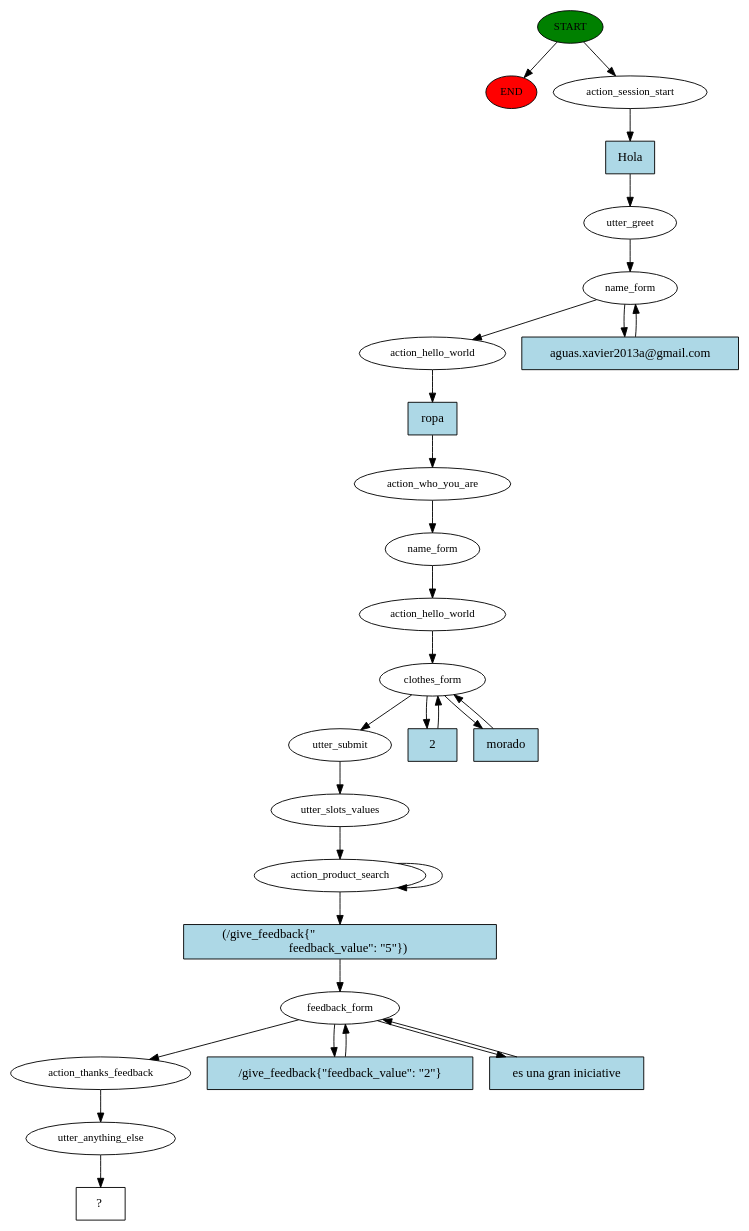
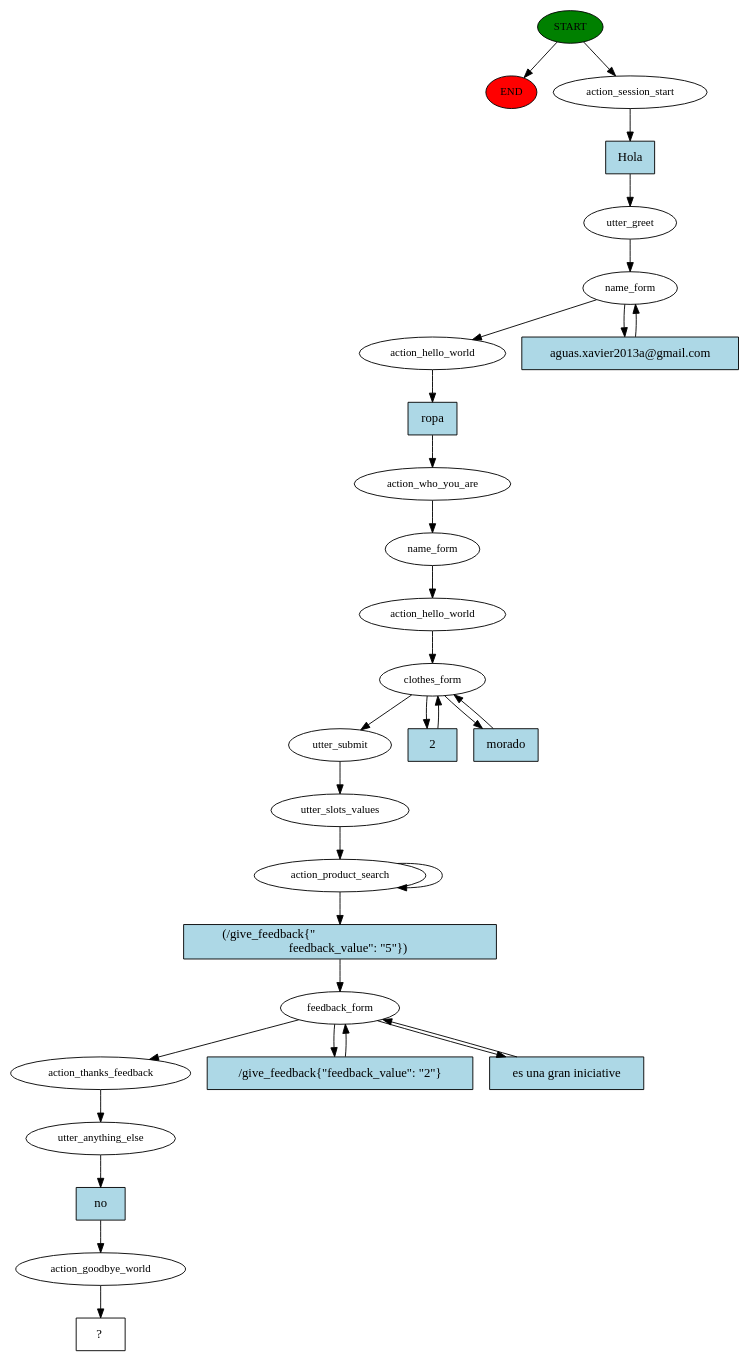
The diagram in story_graph.dot (kabirivan/Ecommerce-Assistant-Jasmine), drawn with Graphviz before and after one commit.

Commit message:
add new graph

```diff
--- a/story_graph.dot
+++ b/story_graph.dot
@@ -1,57 +1,61 @@
 digraph  {
 0 [class="start active", fillcolor=green, fontsize=12, label=START, style=filled];
 "-1" [class=end, fillcolor=red, fontsize=12, label=END, style=filled];
 1 [class=active, fontsize=12, label=action_session_start];
 2 [class=active, fontsize=12, label=utter_greet];
 3 [class=active, fontsize=12, label=name_form];
 6 [class=active, fontsize=12, label=action_hello_world];
 7 [class=active, fontsize=12, label=action_who_you_are];
 8 [class=active, fontsize=12, label=name_form];
 9 [class=active, fontsize=12, label=action_hello_world];
 10 [class=active, fontsize=12, label=clothes_form];
 15 [class=active, fontsize=12, label=utter_submit];
 16 [class=active, fontsize=12, label=utter_slots_values];
 17 [class=active, fontsize=12, label=action_product_search];
 19 [class=active, fontsize=12, label=feedback_form];
 22 [class=active, fontsize=12, label=action_thanks_feedback];
 23 [class=active, fontsize=12, label=utter_anything_else];
-24 [class="intent dashed active", label="  ?  ", shape=rect];
-25 [class="intent active", fillcolor=lightblue, label=Hola, shape=rect, style=filled];
-26 [class="intent active", fillcolor=lightblue, label="aguas.xavier2013a@gmail.com", shape=rect, style=filled];
-27 [class="intent active", fillcolor=lightblue, label=ropa, shape=rect, style=filled];
-28 [class="intent active", fillcolor=lightblue, label=2, shape=rect, style=filled];
-29 [class="intent active", fillcolor=lightblue, label=morado, shape=rect, style=filled];
-30 [class="intent active", fillcolor=lightblue, label="(/give_feedback{\"                                             \n      feedback_value\": \"5\"})", shape=rect, style=filled];
-31 [class="intent active", fillcolor=lightblue, label="/give_feedback{\"feedback_value\": \"2\"}", shape=rect, style=filled];
-32 [class="intent active", fillcolor=lightblue, label="es una gran iniciative", shape=rect, style=filled];
+24 [class=active, fontsize=12, label=action_goodbye_world];
+25 [class="intent dashed active", label="  ?  ", shape=rect];
+26 [class="intent active", fillcolor=lightblue, label=Hola, shape=rect, style=filled];
+27 [class="intent active", fillcolor=lightblue, label="aguas.xavier2013a@gmail.com", shape=rect, style=filled];
+28 [class="intent active", fillcolor=lightblue, label=ropa, shape=rect, style=filled];
+29 [class="intent active", fillcolor=lightblue, label=2, shape=rect, style=filled];
+30 [class="intent active", fillcolor=lightblue, label=morado, shape=rect, style=filled];
+31 [class="intent active", fillcolor=lightblue, label="(/give_feedback{\"                                             \n      feedback_value\": \"5\"})", shape=rect, style=filled];
+32 [class="intent active", fillcolor=lightblue, label="/give_feedback{\"feedback_value\": \"2\"}", shape=rect, style=filled];
+33 [class="intent active", fillcolor=lightblue, label="es una gran iniciative", shape=rect, style=filled];
+34 [class="intent active", fillcolor=lightblue, label=no, shape=rect, style=filled];
 0 -> "-1"  [class="", key=NONE, label=""];
 0 -> 1  [class=active, key=NONE, label=""];
-1 -> 25  [class=active, key=0];
+1 -> 26  [class=active, key=0];
 2 -> 3  [class=active, key=NONE, label=""];
 3 -> 6  [class=active, key=NONE, label=""];
-3 -> 26  [class=active, key=0];
-6 -> 27  [class=active, key=0];
+3 -> 27  [class=active, key=0];
+6 -> 28  [class=active, key=0];
 7 -> 8  [class=active, key=NONE, label=""];
 8 -> 9  [class=active, key=NONE, label=""];
 9 -> 10  [class=active, key=NONE, label=""];
 10 -> 15  [class=active, key=NONE, label=""];
-10 -> 28  [class=active, key=0];
 10 -> 29  [class=active, key=0];
+10 -> 30  [class=active, key=0];
 15 -> 16  [class=active, key=NONE, label=""];
 16 -> 17  [class=active, key=NONE, label=""];
 17 -> 17  [class=active, key=NONE, label=""];
-17 -> 30  [class=active, key=0];
+17 -> 31  [class=active, key=0];
 19 -> 22  [class=active, key=NONE, label=""];
-19 -> 31  [class=active, key=0];
 19 -> 32  [class=active, key=0];
+19 -> 33  [class=active, key=0];
 22 -> 23  [class=active, key=NONE, label=""];
-23 -> 24  [class=active, key=NONE, label=""];
-25 -> 2  [class=active, key=0];
-26 -> 3  [class=active, key=0];
-27 -> 7  [class=active, key=0];
-28 -> 10  [class=active, key=0];
+23 -> 34  [class=active, key=0];
+24 -> 25  [class=active, key=NONE, label=""];
+26 -> 2  [class=active, key=0];
+27 -> 3  [class=active, key=0];
+28 -> 7  [class=active, key=0];
 29 -> 10  [class=active, key=0];
-30 -> 19  [class=active, key=0];
+30 -> 10  [class=active, key=0];
 31 -> 19  [class=active, key=0];
 32 -> 19  [class=active, key=0];
+33 -> 19  [class=active, key=0];
+34 -> 24  [class=active, key=0];
 }
```
